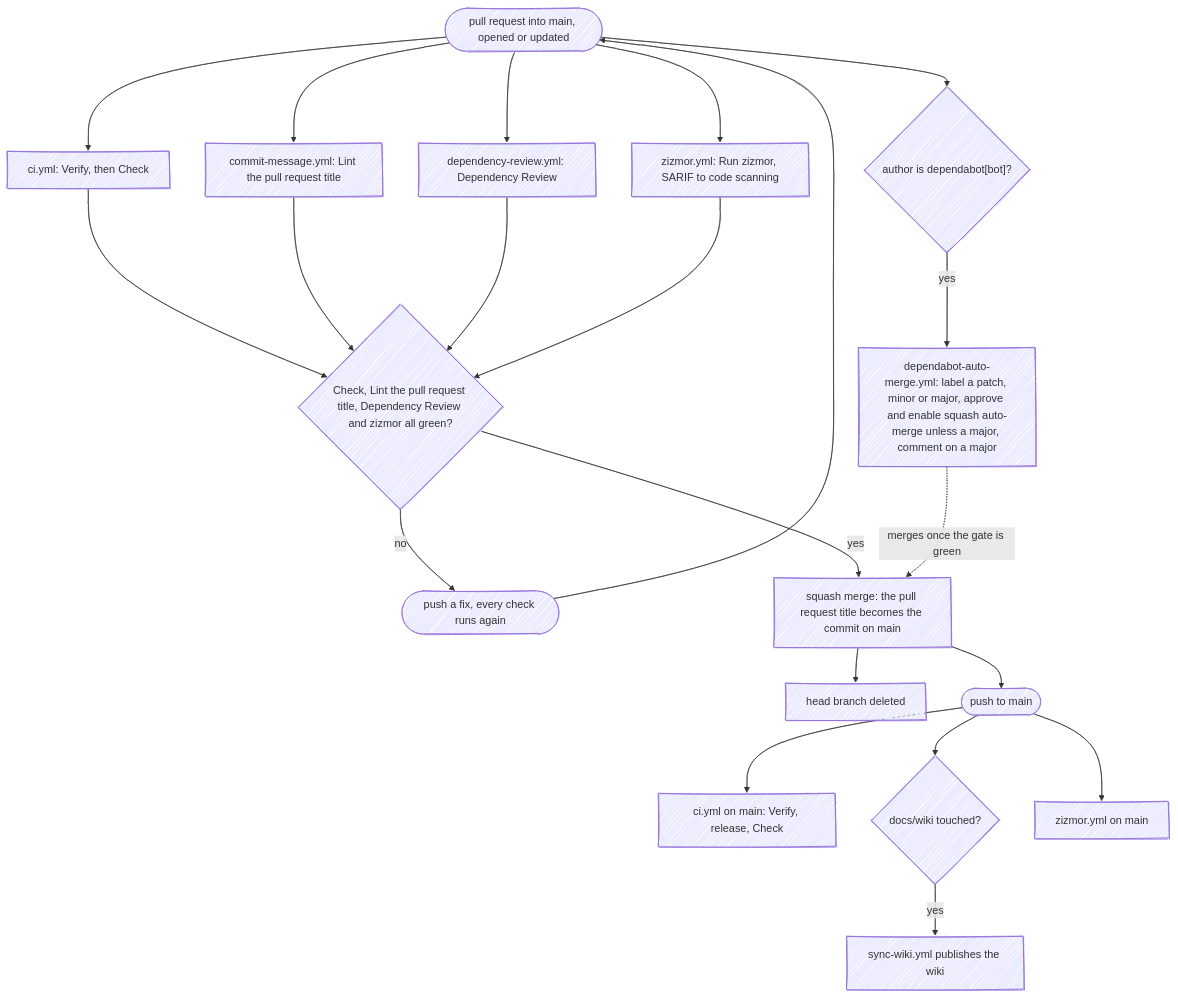
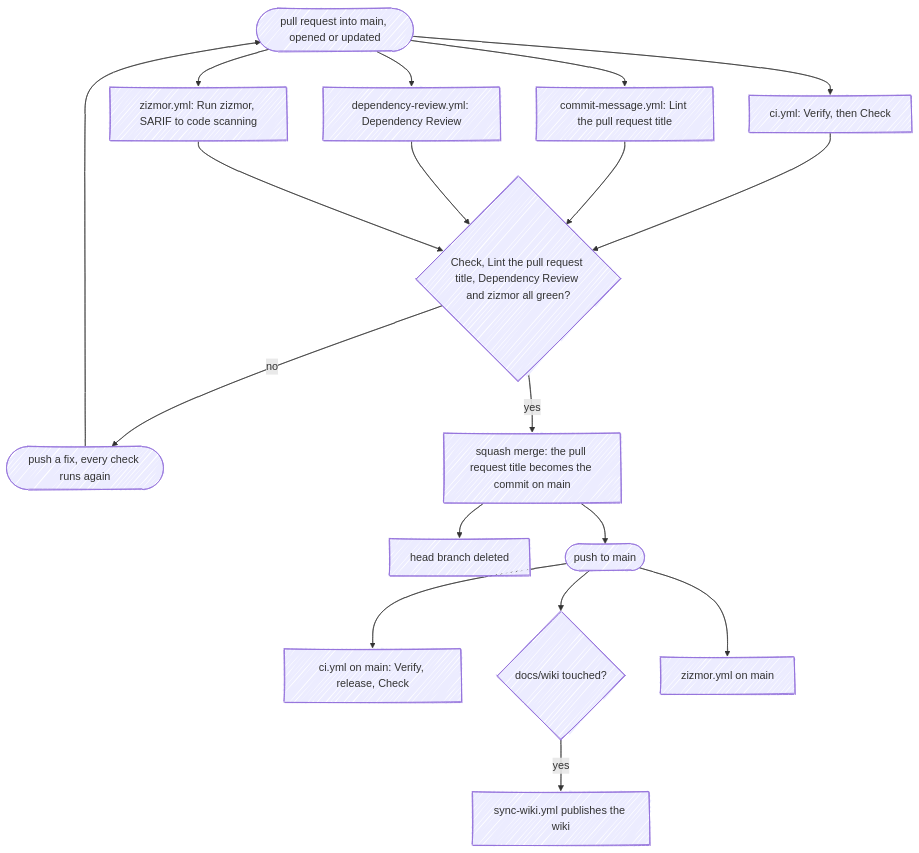
The fourth of 5 diagrams in docs/wiki/CI-CD.md (fbuireu/github-star-tracker), drawn with Mermaid before and after one commit. The commit also changed other lines of this file and 2 other files, not shown here.

First line of the commit message:
ci: remove the Dependabot auto-merge, now that Dependabot opens no pull requests

````diff
--- a/docs/wiki/CI-CD.md
+++ b/docs/wiki/CI-CD.md
@@ -298,34 +296,30 @@
 ```mermaid
 ---
 config:
   look: handDrawn
   layout: dagre
 ---
 flowchart TD
     open(["pull request into main, opened or updated"])
     ci["ci.yml: Verify, then Check"]
     title["commit-message.yml: Lint the pull request title"]
     review["dependency-review.yml: Dependency Review"]
     zizmor["zizmor.yml: Run zizmor, SARIF to code scanning"]
-    bot{"author is dependabot[bot]?"}
-    automerge["dependabot-auto-merge.yml: label a patch, minor or major, approve and enable squash auto-merge unless a major, comment on a major"]
     gate{"Check, Lint the pull request title, Dependency Review and zizmor all green?"}
     fix(["push a fix, every check runs again"])
     merge["squash merge: the pull request title becomes the commit on main"]
     cleanup["head branch deleted"]
     push(["push to main"])
     main["ci.yml on main: Verify, release, Check"]
     wiki{"docs/wiki touched?"}
     sync["sync-wiki.yml publishes the wiki"]
     scan["zizmor.yml on main"]
 
-    open --> ci & title & review & zizmor & bot
-    bot -->|yes| automerge
+    open --> ci & title & review & zizmor
     ci & title & review & zizmor --> gate
     gate -->|no| fix --> open
     gate -->|yes| merge --> push
     merge --> cleanup
-    automerge -.->|"merges once the gate is green"| merge
     push --> main & wiki & scan
     wiki -->|yes| sync
 ```
````
